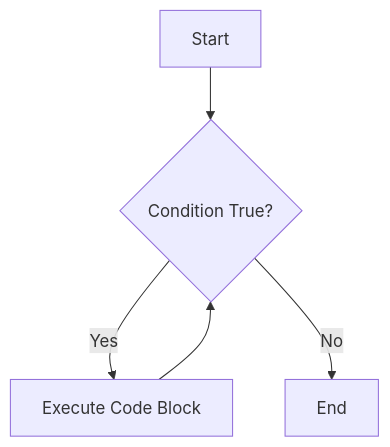
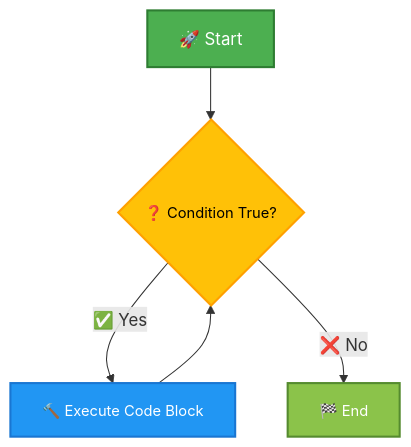
Before and after one commit to infoyouth/infoyouth.github.io: the tenth of 18 diagrams in _posts/2024-11-28-c-control-statements-decision-making.md, drawn with Mermaid. The commit also changed other lines of this file, not shown here.

````diff
--- a/_posts/2024-11-28-c-control-statements-decision-making.md
+++ b/_posts/2024-11-28-c-control-statements-decision-making.md
@@ -993,7 +1144,13 @@
 ```mermaid
 graph TD
-    A[Start] --> B{Condition True?};
-    B -- Yes --> C[Execute Code Block];
+    A[🚀 Start] --> B{❓ Condition True?};
+    B -- ✅ Yes --> C[🔨 Execute Code Block];
     C --> B;
-    B -- No --> D[End];
+    B -- ❌ No --> D[🏁 End];
+
+    style A fill:#4CAF50,stroke:#2E7D32,stroke-width:2px,color:#FFFFFF,font-size:16px
+    style B fill:#FFC107,stroke:#FFA000,stroke-width:2px,color:#000000,font-size:14px
+    style C fill:#2196F3,stroke:#1976D2,stroke-width:2px,color:#FFFFFF,font-size:14px
+    style D fill:#8BC34A,stroke:#558B2F,stroke-width:2px,color:#FFFFFF,font-size:14px
+
 ```
````
